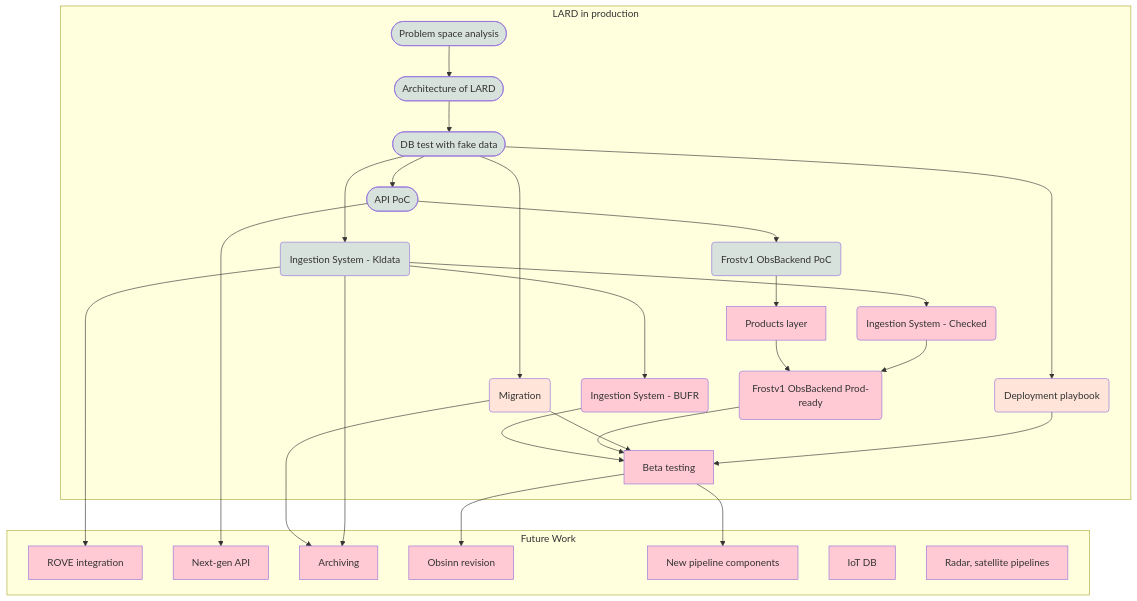
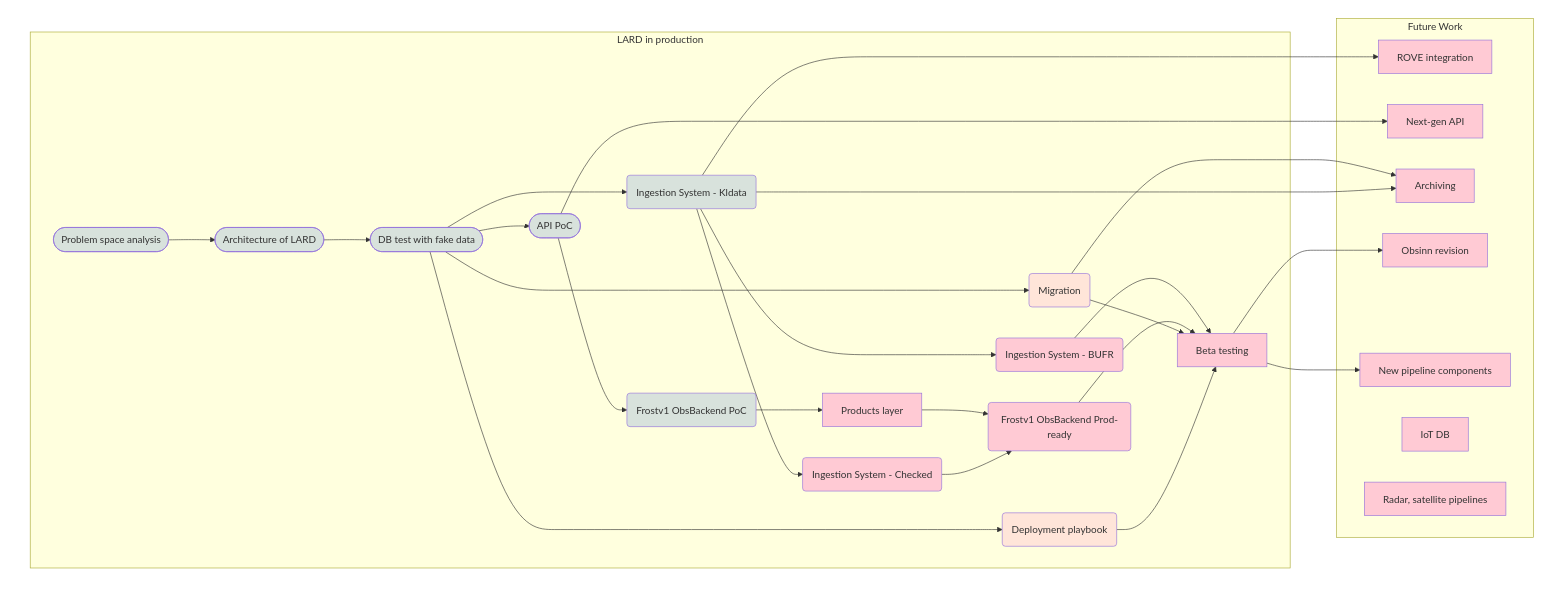
One commit to metno/lard changed the diagram in README.md. Above: the diagram before and after it, drawn with Mermaid.

Commit message:
Fix: make mermaid flowchart readable in dark mode

````diff
--- a/README.md
+++ b/README.md
@@ -3,46 +3,52 @@
 ```mermaid
+%%{ init : { "theme" : "default" }}%%
 flowchart TD
+subgraph main [ ]
     subgraph lard[LARD in production]
         psa([Problem space analysis]):::done
         arc([Architecture of LARD]):::done
         test([DB test with fake data]):::done
         poc([API PoC]):::done
         frostb1(Frostv1 ObsBackend PoC):::done
         ingestkldata(Ingestion System - Kldata):::done
 
         migrate(Migration):::wip
         depl(Deployment playbook):::wip
 
         ingestbufr(Ingestion System - BUFR):::backlog
         ingestchecked(Ingestion System - Checked):::backlog
         products[Products layer]:::backlog
         frostb2(Frostv1 ObsBackend Prod-ready):::backlog
         beta[Beta testing]:::backlog
 
         psa --> arc
         arc --> test
         test --> poc & ingestkldata & migrate & depl
         poc --> frostb1
         frostb1 --> products
         ingestkldata --> ingestbufr & ingestchecked
         products & ingestchecked --> frostb2
         ingestbufr & frostb2 & migrate & depl --> beta
     end
     subgraph "Future Work"
         rove[ROVE integration]:::backlog
         next[Next-gen API]:::backlog
         archive[Archiving]:::backlog
         obsinn[Obsinn revision]:::backlog
         pipe[New pipeline components]:::backlog
         iot[IoT DB]:::backlog
         radsat[Radar, satellite pipelines]:::backlog
     end
+
     poc --> next
     migrate & ingestkldata --> archive
     beta --> obsinn & pipe
     ingestkldata --> rove
 
+end
     classDef done fill:#d8e2dc
     classDef wip fill:#ffe5d9
     classDef backlog fill:#ffcad4
+    classDef bkg fill:#fff,stroke:#fff
+    class main bkg
 ```
````
